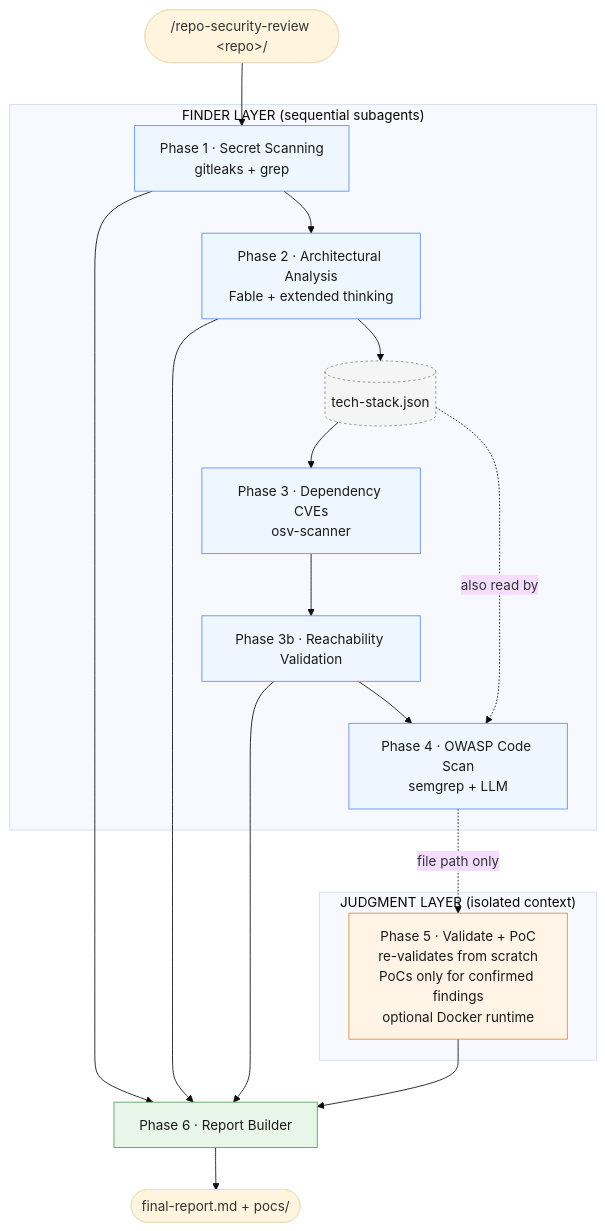
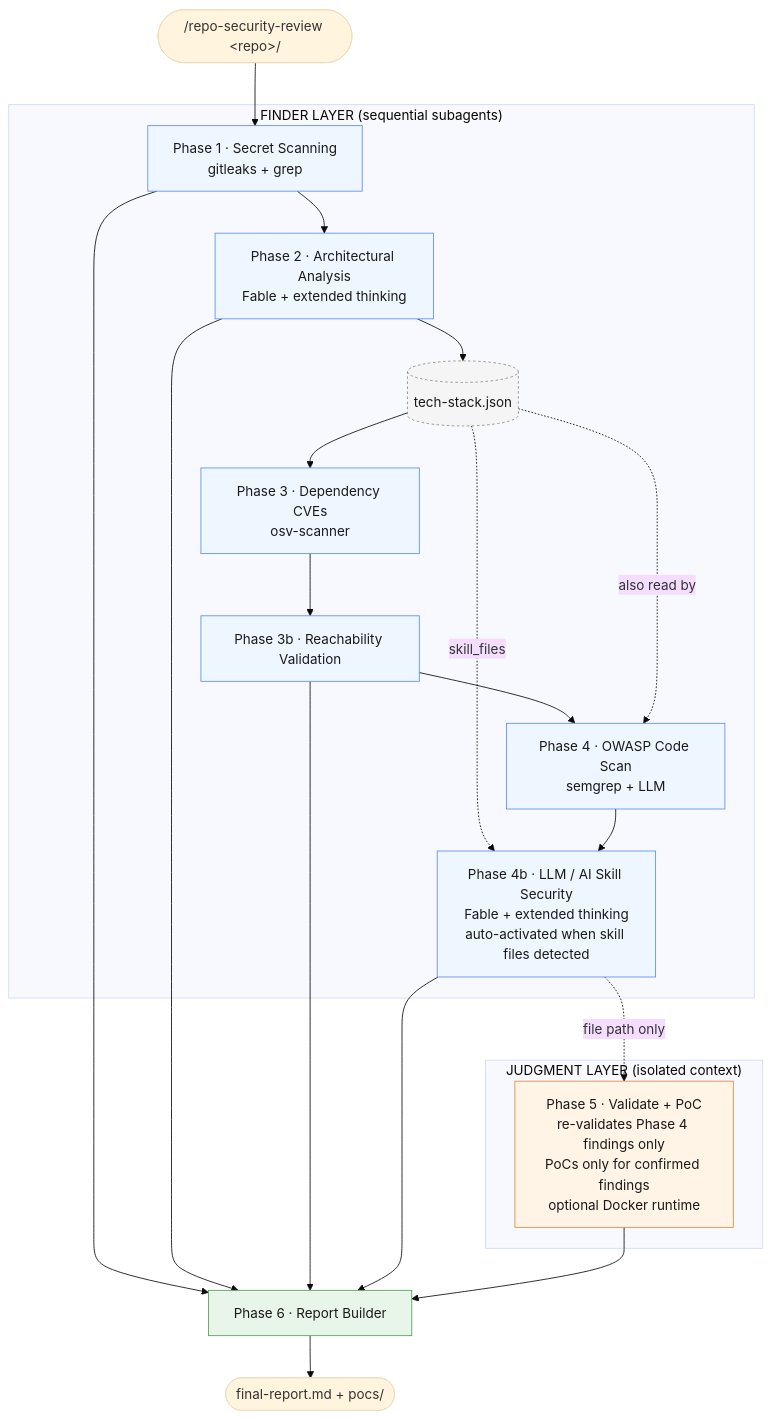
The diagram in README.md (Consensys/repo-security-review), drawn with Mermaid (base theme) before and after one commit. The commit also changed other lines of this file and 5 other files, not shown here.

````diff
--- a/README.md
+++ b/README.md
@@ -135,41 +136,45 @@
 ```mermaid
 flowchart TD
     Start([/repo-security-review &lt;repo&gt;/]) --> P1
 
     subgraph FINDER["FINDER LAYER (sequential subagents)"]
         P1[Phase 1 · Secret Scanning<br/>gitleaks + grep]
         P2[Phase 2 · Architectural Analysis<br/>Fable + extended thinking]
         TS[(tech-stack.json)]
         P3[Phase 3 · Dependency CVEs<br/>osv-scanner]
         P3b[Phase 3b · Reachability Validation]
         P4[Phase 4 · OWASP Code Scan<br/>semgrep + LLM]
+        P4b[Phase 4b · LLM / AI Skill Security<br/>Fable + extended thinking<br/>auto-activated when skill files detected]
 
         P1 --> P2
         P2 --> TS
         TS --> P3
         P3 --> P3b
         P3b --> P4
         TS -. also read by .-> P4
+        TS -. skill_files .-> P4b
+        P4 --> P4b
     end
 
-    P4 -. file path only .-> P5
+    P4b -. file path only .-> P5
 
     subgraph JUDGMENT["JUDGMENT LAYER (isolated context)"]
-        P5[Phase 5 · Validate + PoC<br/>re-validates from scratch<br/>PoCs only for confirmed findings<br/>optional Docker runtime]
+        P5[Phase 5 · Validate + PoC<br/>re-validates Phase 4 findings only<br/>PoCs only for confirmed findings<br/>optional Docker runtime]
     end
 
     P1 --> R[Phase 6 · Report Builder]
     P2 --> R
     P3b --> R
+    P4b --> R
     P5 --> R
     R --> Out([final-report.md + pocs/])
 
     classDef finder fill:#eef6ff,stroke:#5b8def,color:#1a1a1a
     classDef judgment fill:#fff4e6,stroke:#e0883a,color:#1a1a1a
     classDef report fill:#e8f5e9,stroke:#5a9a5a,color:#1a1a1a
     classDef store fill:#f5f5f5,stroke:#888,color:#1a1a1a,stroke-dasharray: 3 3
-    class P1,P2,P3,P3b,P4 finder
+    class P1,P2,P3,P3b,P4,P4b finder
     class P5 judgment
     class R report
     class TS store
 ```
````
